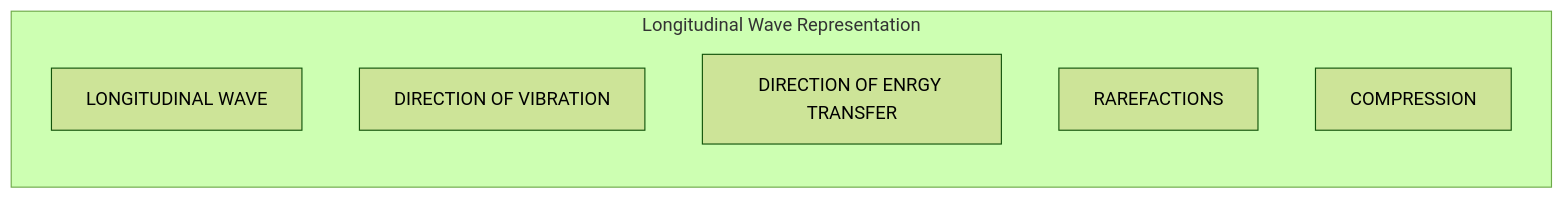
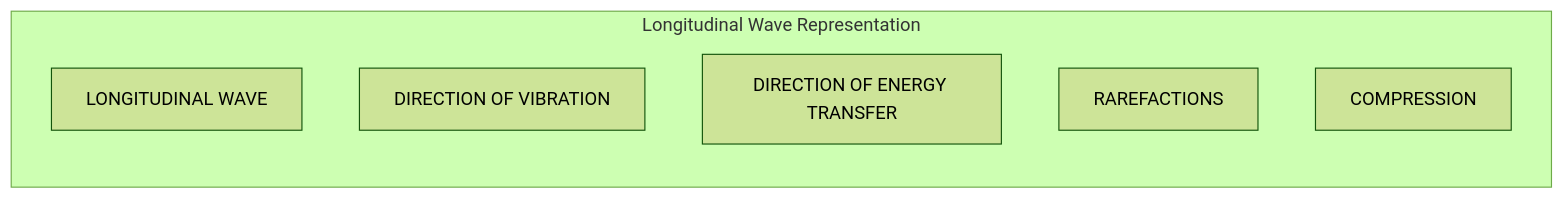
Before and after one commit to devautour/igcse-physics: the first of 2 diagrams in docs/Unit 3/3_4_sound-waves.md, drawn with Mermaid (forest theme). The commit also changed other lines of this file and 38 other files, not shown here.

````diff
--- a/docs/Unit 3/3_4_sound-waves.md
+++ b/docs/Unit 3/3_4_sound-waves.md
@@ -15,11 +7,11 @@
 ```mermaid
 graph TD
     subgraph Diagram ["Longitudinal Wave Representation"]
         direction TB
         LW[LONGITUDINAL WAVE]
         DV[DIRECTION OF VIBRATION]
-        ET[DIRECTION OF ENRGY TRANSFER]
+        ET[DIRECTION OF ENERGY TRANSFER]
         R[RAREFACTIONS]
         C[COMPRESSION]
     end
 ```
````
